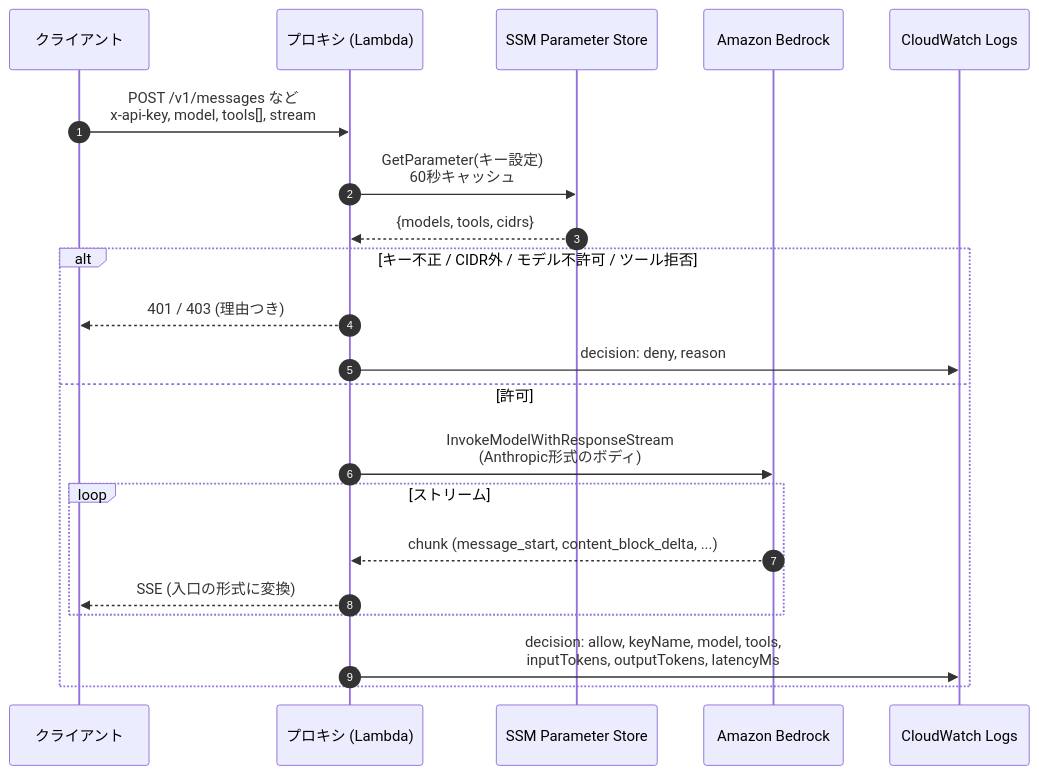
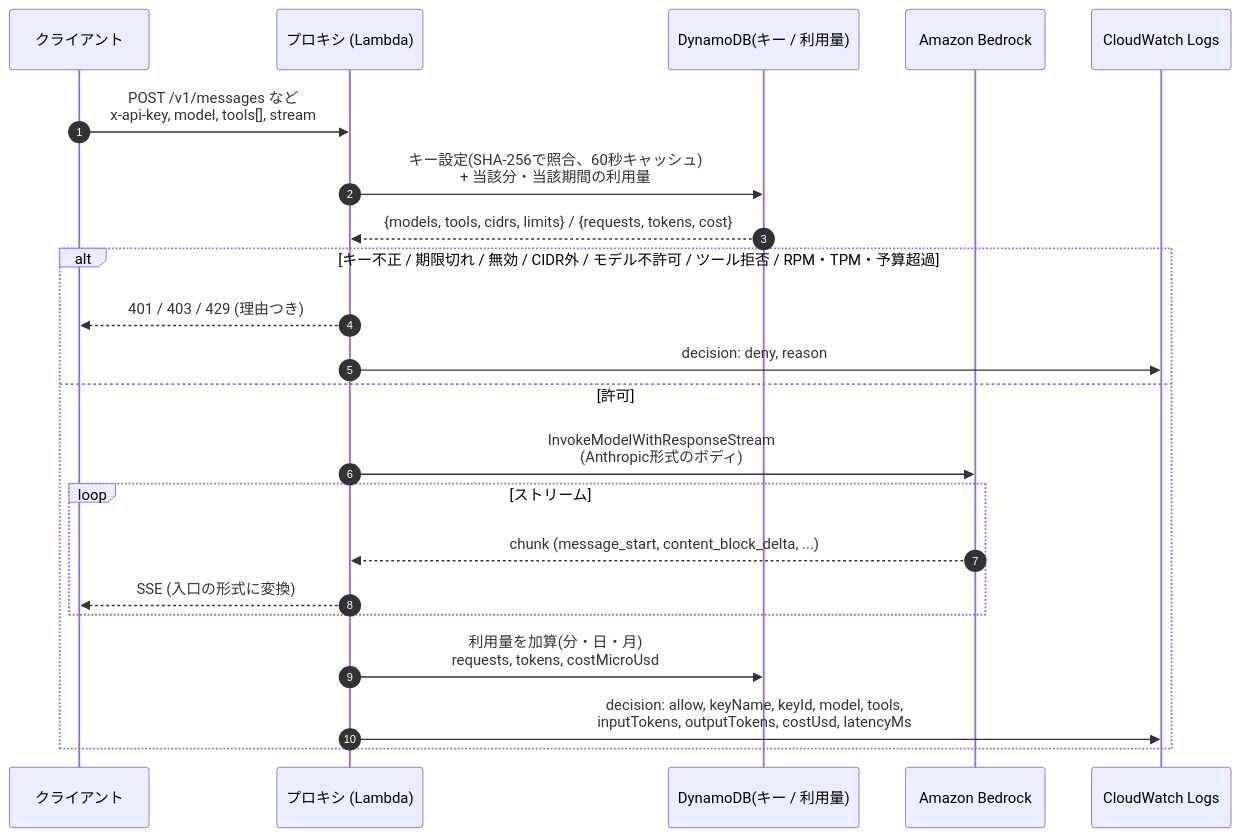
The diagram in docs/sequence.mmd (upgradeinc-c-m/simple-llm-proxy), drawn with Mermaid before and after one commit. The commit also changed 13 other files, not shown here.

First line of the commit message:
Add API key management and per-key usage limits (DynamoDB + keyctl.py)

```diff
--- a/docs/sequence.mmd
+++ b/docs/sequence.mmd
@@ -1,21 +1,22 @@
 sequenceDiagram
     autonumber
     participant C as クライアント
     participant P as プロキシ (Lambda)
-    participant S as SSM Parameter Store
+    participant S as DynamoDB(キー / 利用量)
     participant B as Amazon Bedrock
     participant L as CloudWatch Logs
     C->>P: POST /v1/messages など<br/>x-api-key, model, tools[], stream
-    P->>S: GetParameter(キー設定)<br/>60秒キャッシュ
-    S-->>P: {models, tools, cidrs}
-    alt キー不正 / CIDR外 / モデル不許可 / ツール拒否
-        P-->>C: 401 / 403 (理由つき)
+    P->>S: キー設定(SHA-256で照合、60秒キャッシュ)<br/>+ 当該分・当該期間の利用量
+    S-->>P: {models, tools, cidrs, limits} / {requests, tokens, cost}
+    alt キー不正 / 期限切れ / 無効 / CIDR外 / モデル不許可 / ツール拒否 / RPM・TPM・予算超過
+        P-->>C: 401 / 403 / 429 (理由つき)
         P->>L: decision: deny, reason
     else 許可
         P->>B: InvokeModelWithResponseStream<br/>(Anthropic形式のボディ)
         loop ストリーム
             B-->>P: chunk (message_start, content_block_delta, ...)
             P-->>C: SSE (入口の形式に変換)
         end
-        P->>L: decision: allow, keyName, model, tools,<br/>inputTokens, outputTokens, latencyMs
+        P->>S: 利用量を加算(分・日・月)<br/>requests, tokens, costMicroUsd
+        P->>L: decision: allow, keyName, keyId, model, tools,<br/>inputTokens, outputTokens, costUsd, latencyMs
     end
```
